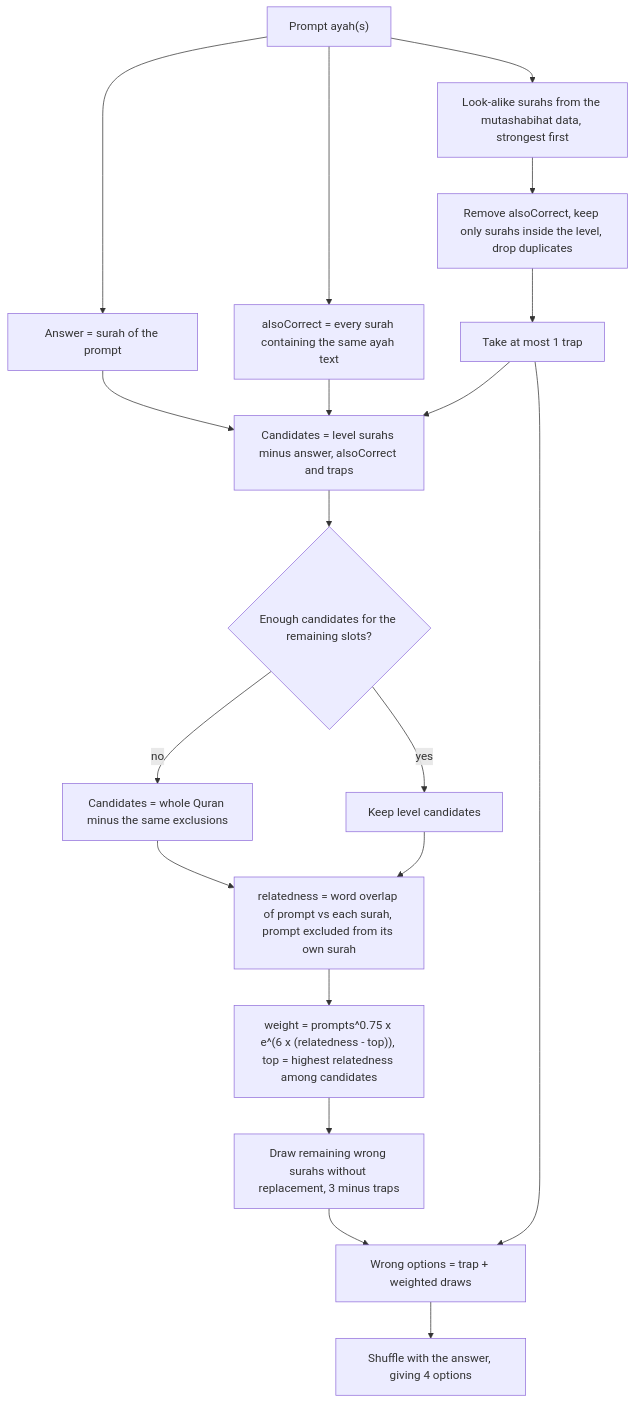
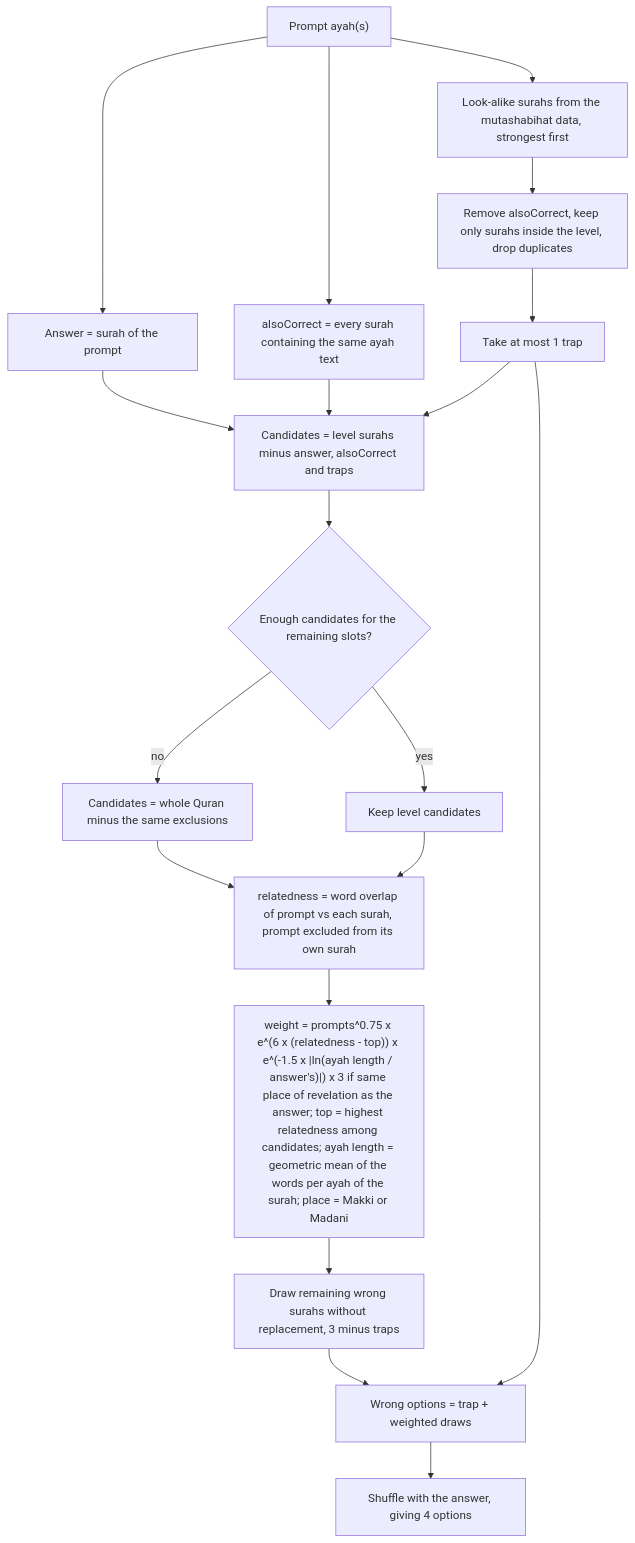
One commit to suft/hafiz changed the second of 6 diagrams in ALGORITHMS.md. Above: the diagram before and after it, drawn with Mermaid. The commit also changed other lines of this file and 3 other files, not shown here.

First line of the commit message:
feat(domain): weight wrong surah options by ayah length and revelation place

````diff
--- a/ALGORITHMS.md
+++ b/ALGORITHMS.md
@@ -41,21 +41,21 @@
 ```mermaid
 flowchart TD
     P["Prompt ayah(s)"] --> A["Answer = surah of the prompt"]
     P --> B["alsoCorrect = every surah containing the same ayah text"]
     P --> T["Look-alike surahs from the mutashabihat data, strongest first"]
     T --> T1["Remove alsoCorrect, keep only surahs inside the level, drop duplicates"]
     T1 --> T2["Take at most 1 trap"]
     A --> C["Candidates = level surahs minus answer, alsoCorrect and traps"]
     B --> C
     T2 --> C
     C --> D{"Enough candidates for the remaining slots?"}
     D -- no --> E["Candidates = whole Quran minus the same exclusions"]
     D -- yes --> F["Keep level candidates"]
     E --> G["relatedness = word overlap of prompt vs each surah, prompt excluded from its own surah"]
     F --> G
-    G --> H["weight = prompts^0.75 x e^(6 x (relatedness - top)), top = highest relatedness among candidates"]
+    G --> H["weight = prompts^0.75 x e^(6 x (relatedness - top)) x e^(-1.5 x |ln(ayah length / answer's)|) x 3 if same place of revelation as the answer; top = highest relatedness among candidates; ayah length = geometric mean of the words per ayah of the surah; place = Makki or Madani"]
     H --> I["Draw remaining wrong surahs without replacement, 3 minus traps"]
     T2 --> J["Wrong options = trap + weighted draws"]
     I --> J
     J --> K["Shuffle with the answer, giving 4 options"]
 ```
````
